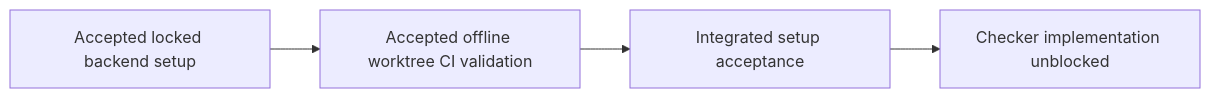
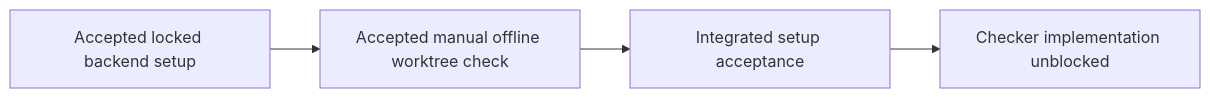
The diagram in doc/feat/mermaid-adoption/setup/README.md (msitarz/ataraxia), drawn with Mermaid before and after one commit. The commit also changed other lines of this file and 2 other files, not shown here.

Commit message:
docs(mermaid): use manual fresh-worktree evidence

````diff
--- a/doc/feat/mermaid-adoption/setup/README.md
+++ b/doc/feat/mermaid-adoption/setup/README.md
@@ -18,6 +18,6 @@
 ```mermaid
 flowchart LR
-    Backend[Accepted locked backend setup] --> Worktree[Accepted offline worktree CI validation]
+    Backend[Accepted locked backend setup] --> Worktree[Accepted manual offline worktree check]
     Worktree --> Setup[Integrated setup acceptance]
     Setup --> Checker[Checker implementation unblocked]
 ```
````
